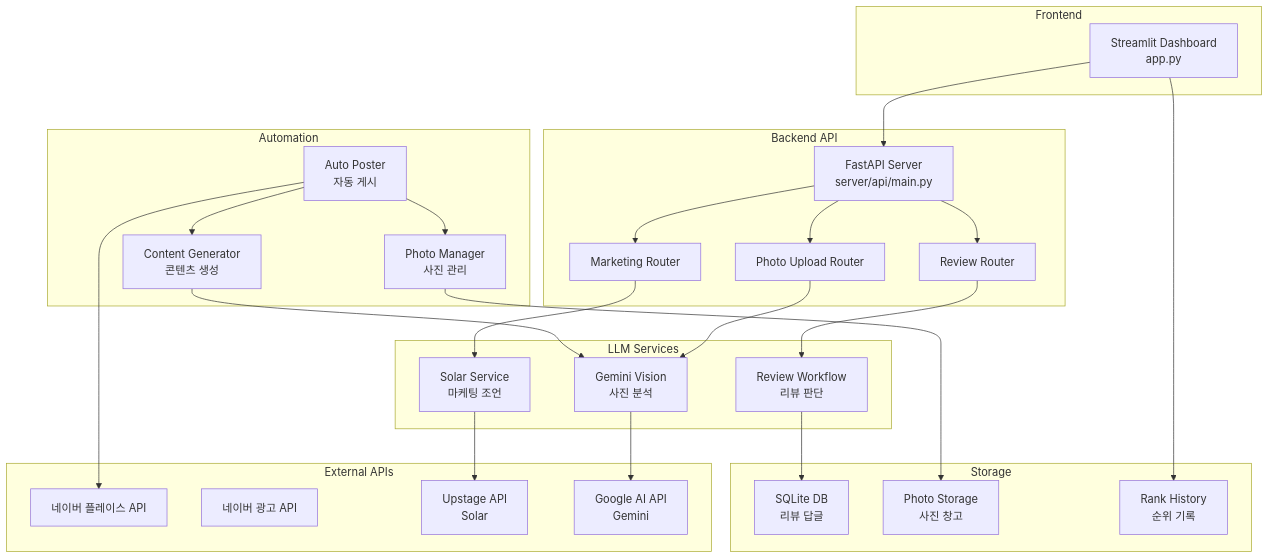
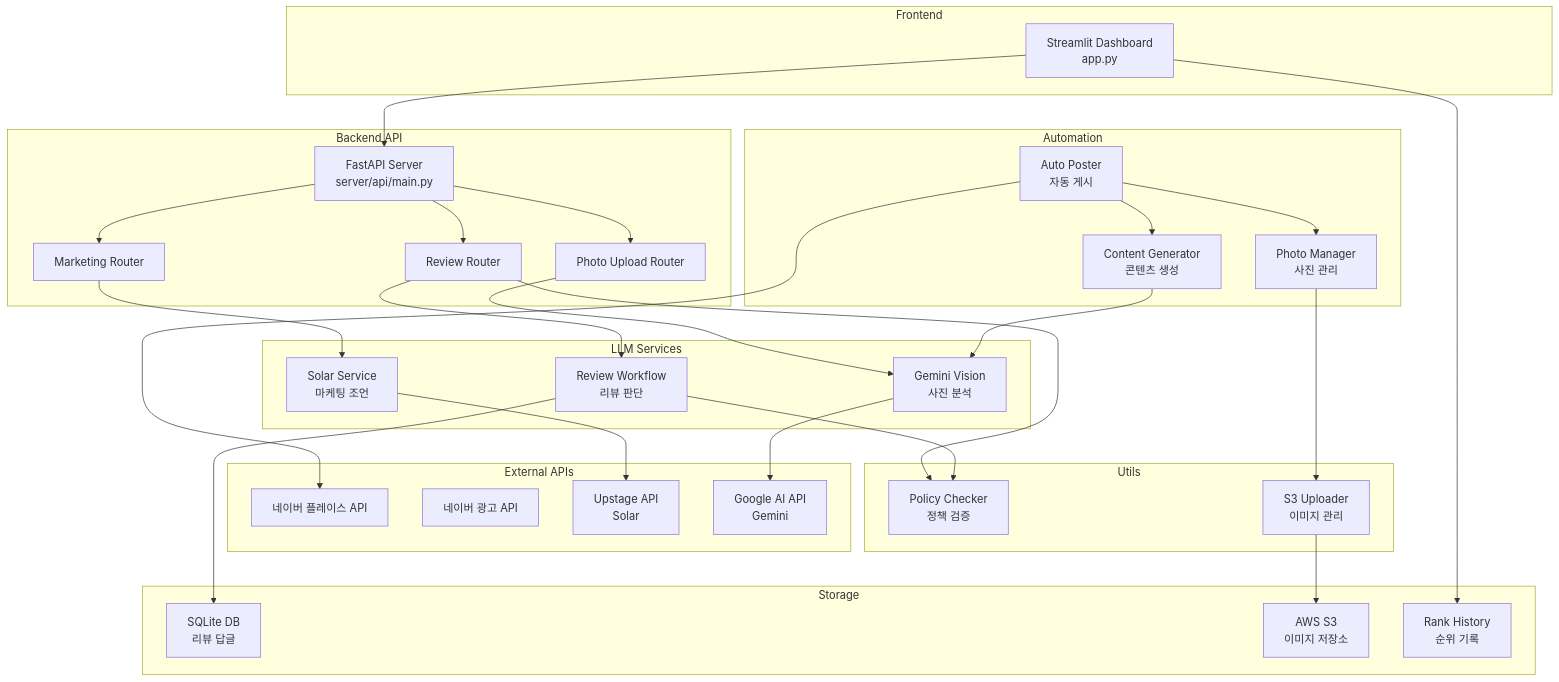
One commit to seolmiseon/majangdong_daughter_ai changed the first of 3 diagrams in README.md. Above: the diagram before and after it, drawn with Mermaid. The commit also changed other lines of this file and 15 other files, not shown here.

````diff
--- a/README.md
+++ b/README.md
@@ -68,55 +102,63 @@
 ```mermaid
 graph TB
     subgraph "Frontend"
         A[Streamlit Dashboard<br/>app.py]
     end
     
     subgraph "Backend API"
         B[FastAPI Server<br/>server/api/main.py]
         B1[Review Router]
         B2[Photo Upload Router]
         B3[Marketing Router]
     end
     
     subgraph "LLM Services"
         C[Solar Service<br/>마케팅 조언]
         D[Gemini Vision<br/>사진 분석]
         E[Review Workflow<br/>리뷰 판단]
     end
     
     subgraph "Automation"
         F[Auto Poster<br/>자동 게시]
         G[Photo Manager<br/>사진 관리]
         H[Content Generator<br/>콘텐츠 생성]
     end
     
     subgraph "External APIs"
         I[네이버 플레이스 API]
         J[네이버 광고 API]
         K[Upstage API<br/>Solar]
         L[Google AI API<br/>Gemini]
     end
     
     subgraph "Storage"
         M[SQLite DB<br/>리뷰 답글]
-        N[Photo Storage<br/>사진 창고]
+        N[AWS S3<br/>이미지 저장소]
         O[Rank History<br/>순위 기록]
+    end
+    
+    subgraph "Utils"
+        P[Policy Checker<br/>정책 검증]
+        Q[S3 Uploader<br/>이미지 관리]
     end
     
     A --> B
     B --> B1
     B --> B2
     B --> B3
     B1 --> E
+    B1 --> P
     B2 --> D
     B3 --> C
     F --> G
     F --> H
     H --> D
+    E --> P
     E --> M
     F --> I
     C --> K
     D --> L
-    G --> N
+    G --> Q
+    Q --> N
     A --> O
 ```
````
